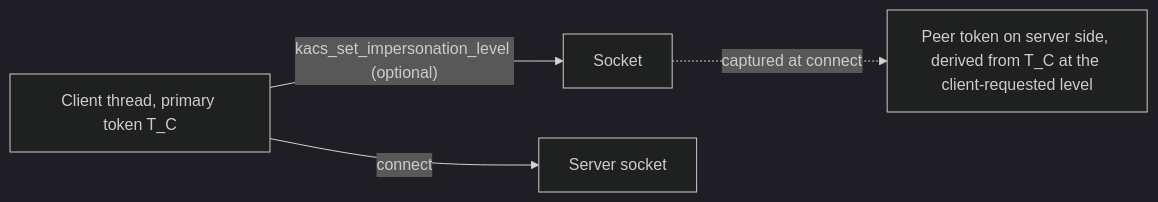
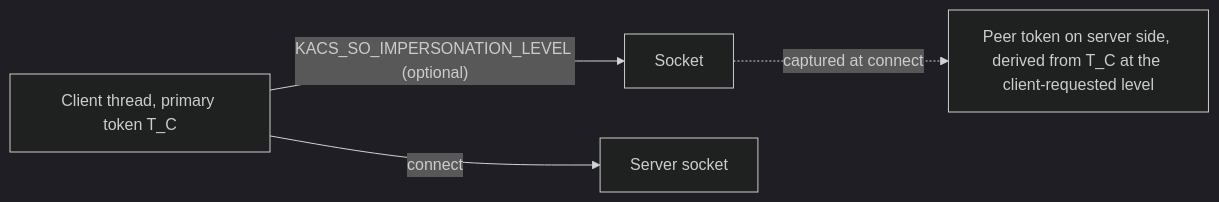
Before and after one commit to peios/learn: the first of 2 diagrams in peios.product/1--security-fundamentals.antho/100--identity.shelf/600--impersonation.topic/400--peer-tokens.md, drawn with Mermaid (dark theme). The commit also changed other lines of this file and 25 other files, not shown here.

First line of the commit message:
docs(kacs): peer identity moves to the SOL_KACS socket options

````diff
--- a/peios.product/1--security-fundamentals.antho/100--identity.shelf/600--impersonation.topic/400--peer-tokens.md
+++ b/peios.product/1--security-fundamentals.antho/100--identity.shelf/600--impersonation.topic/400--peer-tokens.md
@@ -19,6 +21,6 @@
 ```mermaid
 flowchart LR
-    A["Client thread, primary token T_C"] -->|"kacs_set_impersonation_level (optional)"| B["Socket"]
+    A["Client thread, primary token T_C"] -->|"KACS_SO_IMPERSONATION_LEVEL (optional)"| B["Socket"]
     A -->|connect| C["Server socket"]
     B -.->|captured at connect| D["Peer token on server side, derived from T_C at the client-requested level"]
 ```
````
